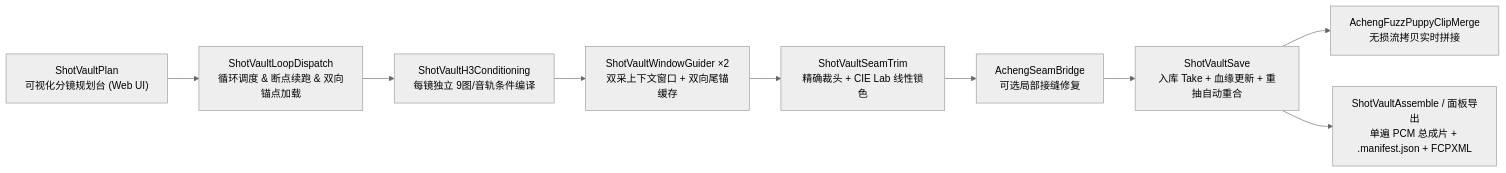
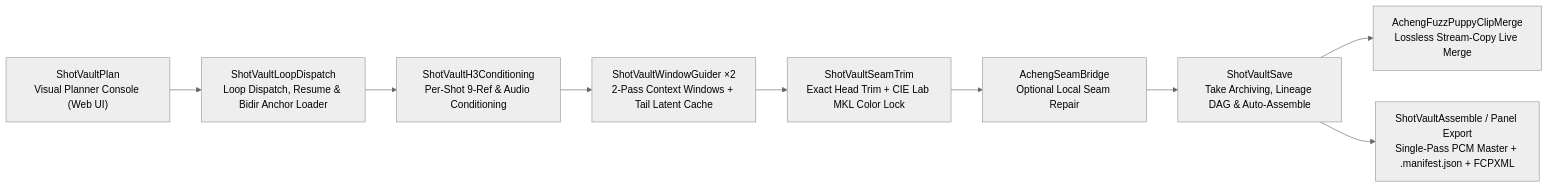
The diagram in README.md (AharaOoO/ComfyUI-Acheng-ShotVault), drawn with Mermaid (neutral theme) before and after one commit. The commit also changed other lines of this file and 1 other file, not shown here.

````diff
--- a/README.md
+++ b/README.md
@@ -46,11 +35,11 @@
 ```mermaid
 flowchart LR
-    A["ShotVaultPlan<br/>可视化分镜规划台 (Web UI)"] --> B["ShotVaultLoopDispatch<br/>循环调度 & 断点续跑 & 双向锚点加载"]
-    B --> C["ShotVaultH3Conditioning<br/>每镜独立 9图/音轨条件编译"]
-    C --> D["ShotVaultWindowGuider ×2<br/>双采上下文窗口 + 双向尾锚缓存"]
-    D --> E["ShotVaultSeamTrim<br/>精确裁头 + CIE Lab 线性锁色"]
-    E --> F["AchengSeamBridge<br/>可选局部接缝修复"]
-    F --> G["ShotVaultSave<br/>入库 Take + 血缘更新 + 重抽自动重合"]
-    G --> H["AchengFuzzPuppyClipMerge<br/>无损流拷贝实时拼接"]
-    G --> I["ShotVaultAssemble / 面板导出<br/>单遍 PCM 总成片 + .manifest.json + FCPXML"]
+    A["ShotVaultPlan<br/>Visual Planner Console (Web UI)"] --> B["ShotVaultLoopDispatch<br/>Loop Dispatch, Resume & Bidir Anchor Loader"]
+    B --> C["ShotVaultH3Conditioning<br/>Per-Shot 9-Ref & Audio Conditioning"]
+    C --> D["ShotVaultWindowGuider ×2<br/>2-Pass Context Windows + Tail Latent Cache"]
+    D --> E["ShotVaultSeamTrim<br/>Exact Head Trim + CIE Lab MKL Color Lock"]
+    E --> F["AchengSeamBridge<br/>Optional Local Seam Repair"]
+    F --> G["ShotVaultSave<br/>Take Archiving, Lineage DAG & Auto-Assemble"]
+    G --> H["AchengFuzzPuppyClipMerge<br/>Lossless Stream-Copy Live Merge"]
+    G --> I["ShotVaultAssemble / Panel Export<br/>Single-Pass PCM Master + .manifest.json + FCPXML"]
 ```
````
